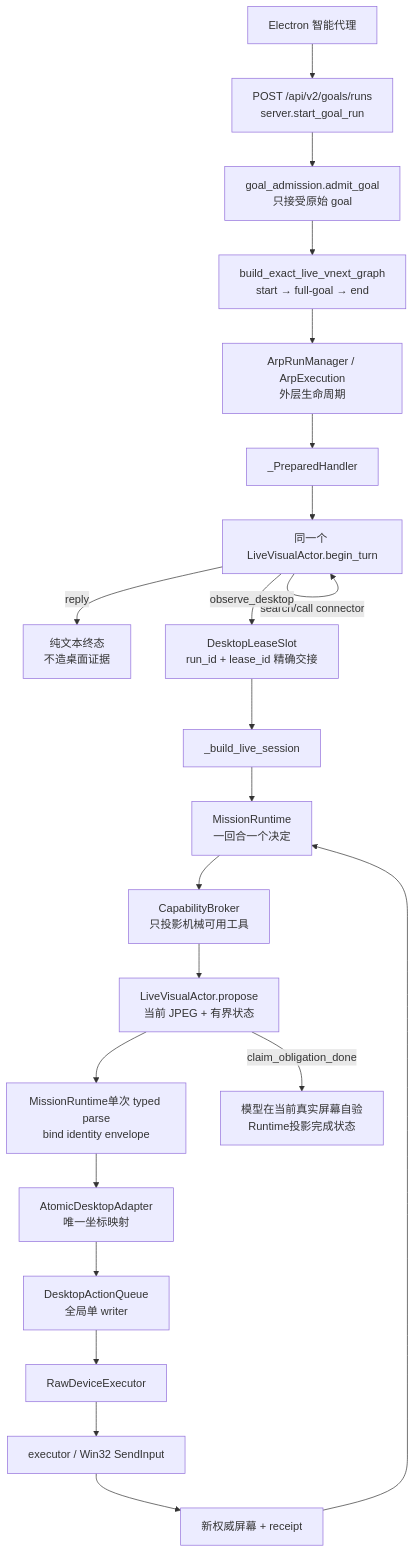
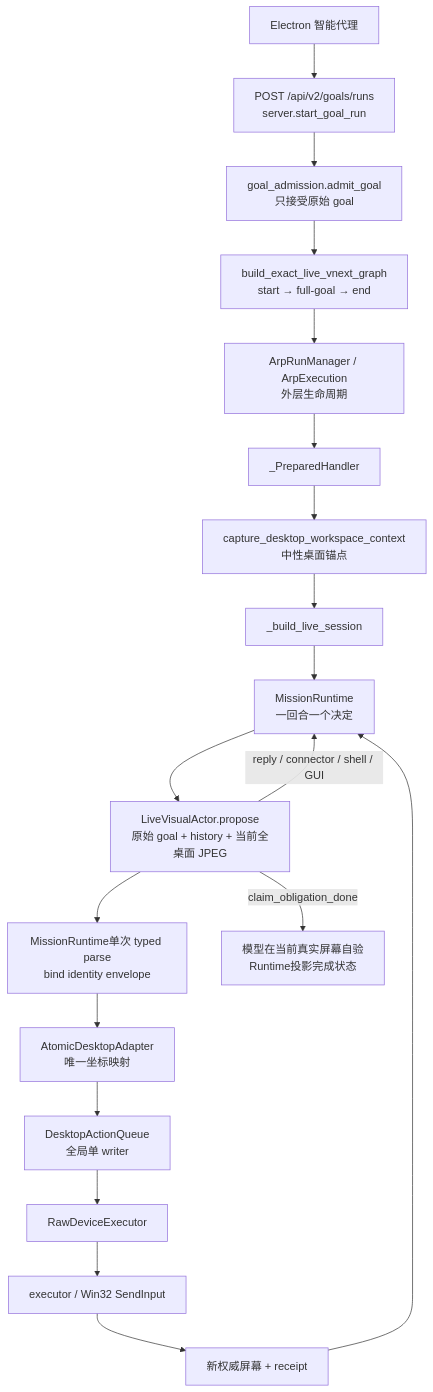
The first of 4 diagrams in docs/project-guide/06-file-reference-winpilot-python.md (zoujiapeng/lingdong-script), drawn with Mermaid before and after one commit. The commit also changed other lines of this file and 58 other files, not shown here.

````diff
--- a/docs/project-guide/06-file-reference-winpilot-python.md
+++ b/docs/project-guide/06-file-reference-winpilot-python.md
@@ -41,24 +41,21 @@
 ```mermaid
 flowchart TD
     UI["Electron 智能代理"] --> API["POST /api/v2/goals/runs<br/>server.start_goal_run"]
     API --> GA["goal_admission.admit_goal<br/>只接受原始 goal"]
     GA --> GRAPH["build_exact_live_vnext_graph<br/>start → full-goal → end"]
     GRAPH --> OUTER["ArpRunManager / ArpExecution<br/>外层生命周期"]
     OUTER --> PREP["_PreparedHandler"]
-    PREP --> FIRST["同一个 LiveVisualActor.begin_turn"]
-    FIRST -->|reply| REPLY["纯文本终态<br/>不造桌面证据"]
-    FIRST -->|search/call connector| FIRST
-    FIRST -->|observe_desktop| LEASE["DesktopLeaseSlot<br/>run_id + lease_id 精确交接"]
-    LEASE --> SESSION["_build_live_session"]
+    PREP --> TARGET["capture_desktop_workspace_context<br/>中性桌面锚点"]
+    TARGET --> SESSION["_build_live_session"]
     SESSION --> MR["MissionRuntime<br/>一回合一个决定"]
-    MR --> BROKER["CapabilityBroker<br/>只投影机械可用工具"]
-    BROKER --> ACTOR["LiveVisualActor.propose<br/>当前 JPEG + 有界状态"]
+    MR --> ACTOR["LiveVisualActor.propose<br/>原始 goal + history + 当前全桌面 JPEG"]
+    ACTOR -->|reply / connector / shell / GUI| MR
     ACTOR --> ENV["MissionRuntime单次 typed parse<br/>bind identity envelope"]
     ENV --> ADA["AtomicDesktopAdapter<br/>唯一坐标映射"]
     ADA --> Q["DesktopActionQueue<br/>全局单 writer"]
     Q --> RAW["RawDeviceExecutor"]
     RAW --> SEND["executor / Win32 SendInput"]
     SEND --> POST["新权威屏幕 + receipt"]
     POST --> MR
     ACTOR -->|claim_obligation_done| DONE["模型在当前真实屏幕自验<br/>Runtime投影完成状态"]
 ```
````
